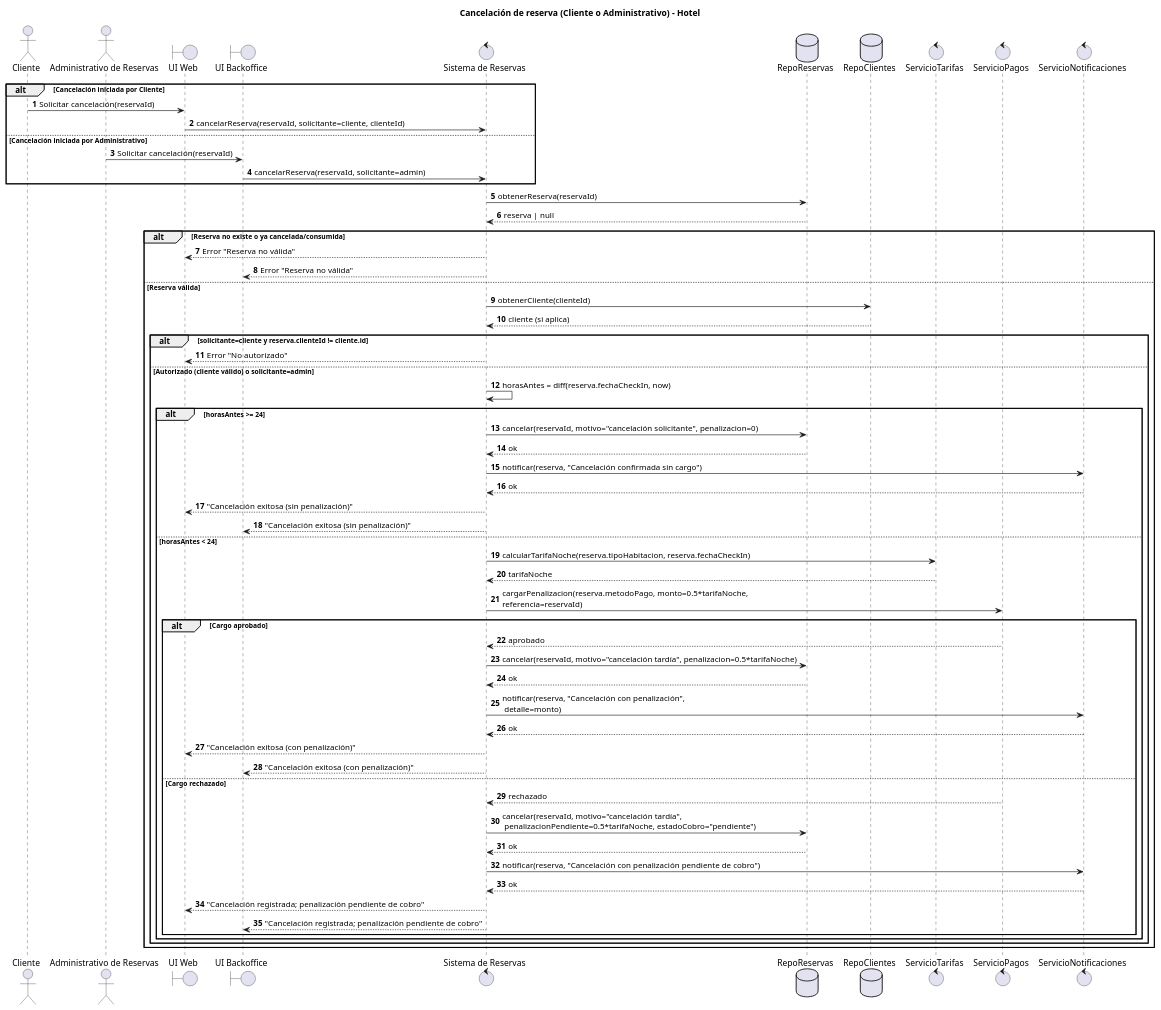
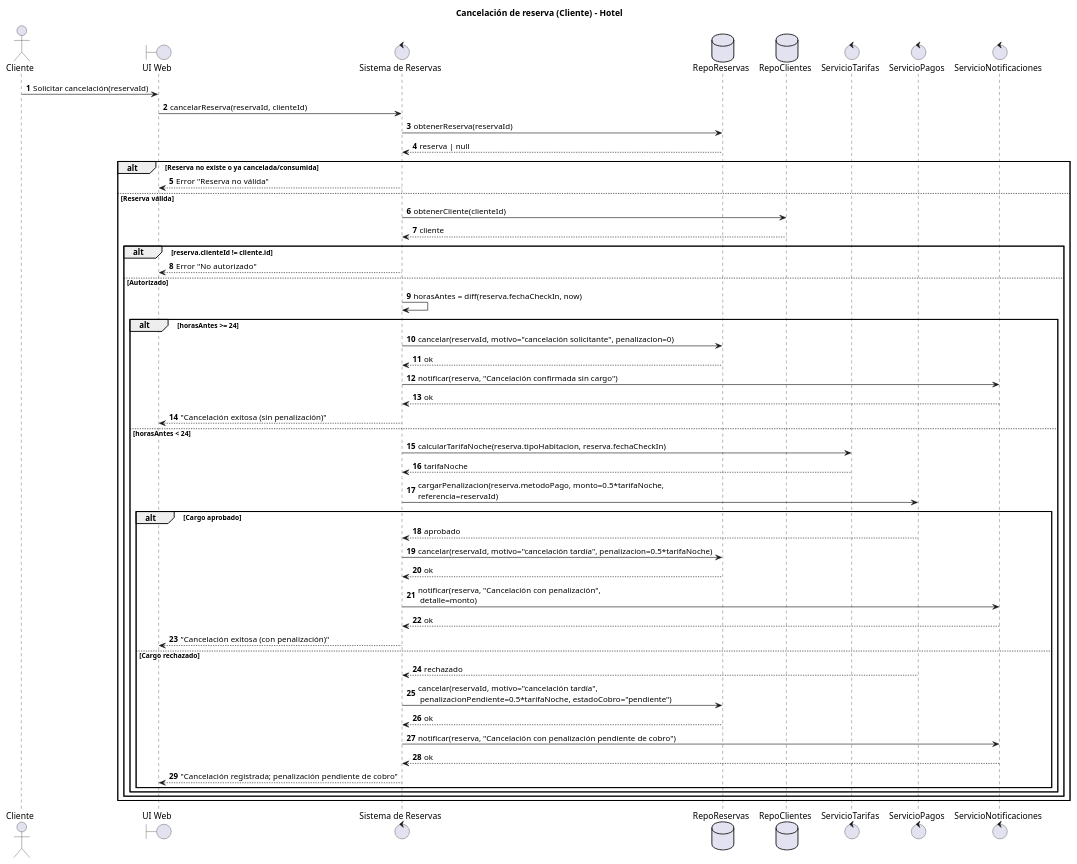
One commit to UBP-IngenieriaSoftware/filminas changed the diagram in slides/starUML/2a_hotel.puml. Above: the diagram before and after it, drawn with PlantUML. The commit also changed 2 other files, not shown here.

```diff
--- a/slides/starUML/2a_hotel.puml
+++ b/slides/starUML/2a_hotel.puml
@@ -1,85 +1,74 @@
 @startuml
 autonumber
-title Cancelación de reserva (Cliente o Administrativo) - Hotel
+title Cancelación de reserva (Cliente) - Hotel
 
 actor "Cliente" as CLI
-actor "Administrativo de Reservas" as ADM
 boundary "UI Web" as UIW
-boundary "UI Backoffice" as UIB
 control "Sistema de Reservas" as S
 database "RepoReservas" as RR
 database "RepoClientes" as RC
 control "ServicioTarifas" as ST
 control "ServicioPagos" as SP
 control "ServicioNotificaciones" as SN
 
-' Inicio alternativo según quién cancela
-alt Cancelación iniciada por Cliente
-  CLI -> UIW: Solicitar cancelación(reservaId)
-  UIW -> S: cancelarReserva(reservaId, solicitante=cliente, clienteId)
-else Cancelación iniciada por Administrativo
-  ADM -> UIB: Solicitar cancelación(reservaId)
-  UIB -> S: cancelarReserva(reservaId, solicitante=admin)
-end
+' Inicio: cancelación iniciada por Cliente
+CLI -> UIW: Solicitar cancelación(reservaId)
+UIW -> S: cancelarReserva(reservaId, clienteId)
 
 ' Recuperar reserva y validar estado
 S -> RR: obtenerReserva(reservaId)
 RR --> S: reserva | null
 
 alt Reserva no existe o ya cancelada/consumida
   S --> UIW: Error "Reserva no válida"
-  S --> UIB: Error "Reserva no válida"
 else Reserva válida
-  ' Validar pertenencia solo si cancela el cliente
+  ' Validar pertenencia del cliente
   S -> RC: obtenerCliente(clienteId)
-  RC --> S: cliente (si aplica)
+  RC --> S: cliente
 
-  alt solicitante=cliente y reserva.clienteId != cliente.id
+  alt reserva.clienteId != cliente.id
     S --> UIW: Error "No autorizado"
-  else Autorizado (cliente válido) o solicitante=admin
+  else Autorizado
     ' Calcular ventana de penalización
     S -> S: horasAntes = diff(reserva.fechaCheckIn, now)
 
     alt horasAntes >= 24
       ' Sin penalización
       S -> RR: cancelar(reservaId, motivo="cancelación solicitante", penalizacion=0)
       RR --> S: ok
 
       ' Notificar
       S -> SN: notificar(reserva, "Cancelación confirmada sin cargo")
       SN --> S: ok
 
       S --> UIW: "Cancelación exitosa (sin penalización)"
-      S --> UIB: "Cancelación exitosa (sin penalización)"
     else horasAntes < 24
       ' Con penalización = 50% de 1 noche del tipo de habitación reservado
       S -> ST: calcularTarifaNoche(reserva.tipoHabitacion, reserva.fechaCheckIn)
       ST --> S: tarifaNoche
 
       S -> SP: cargarPenalizacion(reserva.metodoPago, monto=0.5*tarifaNoche,\nreferencia=reservaId)
       alt Cargo aprobado
         SP --> S: aprobado
         S -> RR: cancelar(reservaId, motivo="cancelación tardía", penalizacion=0.5*tarifaNoche)
         RR --> S: ok
 
         S -> SN: notificar(reserva, "Cancelación con penalización",\n detalle=monto)
         SN --> S: ok
 
         S --> UIW: "Cancelación exitosa (con penalización)"
-        S --> UIB: "Cancelación exitosa (con penalización)"
       else Cargo rechazado
         SP --> S: rechazado
         ' Política: permitir la cancelación e informar deuda pendiente
         S -> RR: cancelar(reservaId, motivo="cancelación tardía",\n penalizacionPendiente=0.5*tarifaNoche, estadoCobro="pendiente")
         RR --> S: ok
 
         S -> SN: notificar(reserva, "Cancelación con penalización pendiente de cobro")
         SN --> S: ok
 
         S --> UIW: "Cancelación registrada; penalización pendiente de cobro"
-        S --> UIB: "Cancelación registrada; penalización pendiente de cobro"
       end
     end
   end
 end
 @enduml
```
